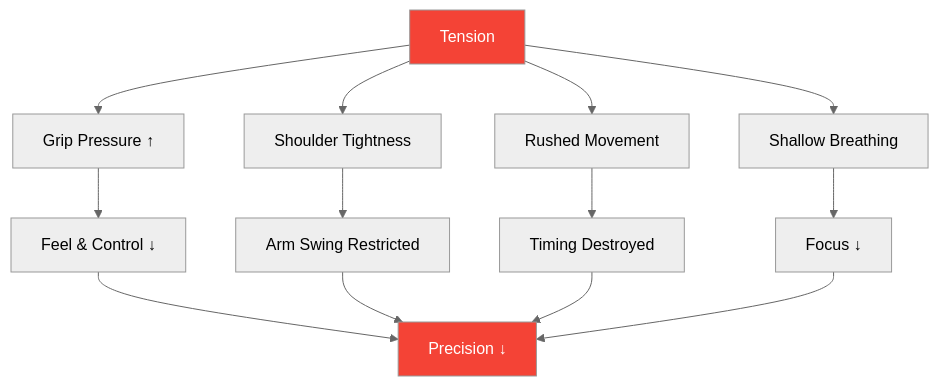
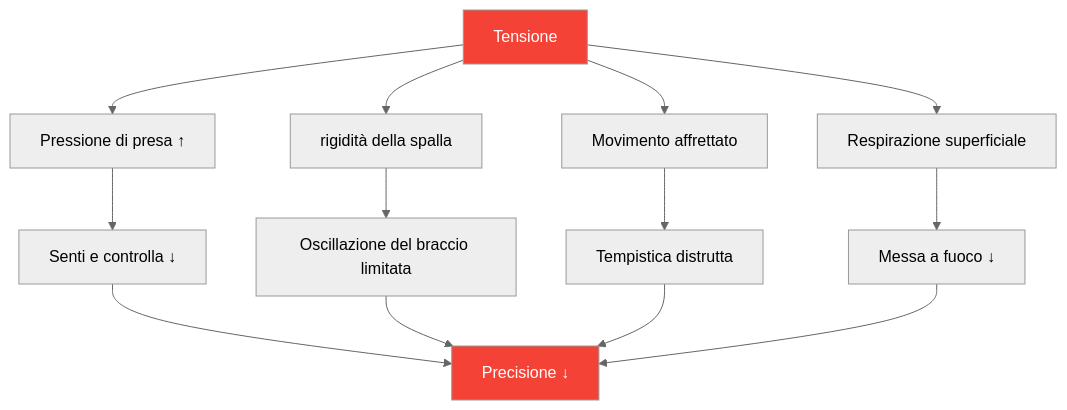
One commit to patwii/petanque-academy changed the diagram in docs/it/education/tension/index.md. Above: the diagram before and after it, drawn with Mermaid (neutral theme). The commit also changed other lines of this file and 550 other files, not shown here.

````diff
--- a/docs/it/education/tension/index.md
+++ b/docs/it/education/tension/index.md
@@ -20,20 +20,20 @@
 ```mermaid
 flowchart TD
-    A[Tension] --> B[Grip Pressure ↑]
-    A --> C[Shoulder Tightness]
-    A --> D[Rushed Movement]
-    A --> E[Shallow Breathing]
+    A[Tensione] --> B[Pressione di presa ↑]
+    A --> C[rigidità della spalla]
+    A --> D[Movimento affrettato]
+    A --> E[Respirazione superficiale]
 
-    B --> F[Feel & Control ↓]
-    C --> G[Arm Swing Restricted]
-    D --> H[Timing Destroyed]
-    E --> I[Focus ↓]
+    B --> F[Senti e controlla ↓]
+    C --> G[Oscillazione del braccio limitata]
+    D --> H[Tempistica distrutta]
+    E --> I[Messa a fuoco ↓]
 
-    F --> J[Precision ↓]
+    F --> J[Precisione ↓]
     G --> J
     H --> J
     I --> J
 
     style A fill:#f44336,color:#fff
     style J fill:#f44336,color:#fff
 ```
````
